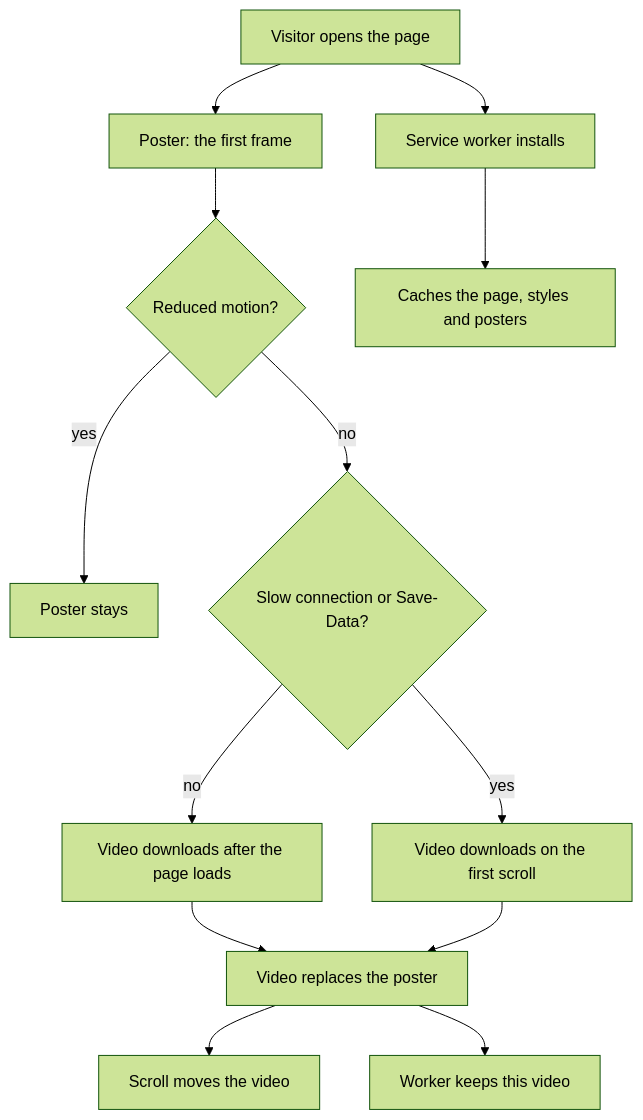
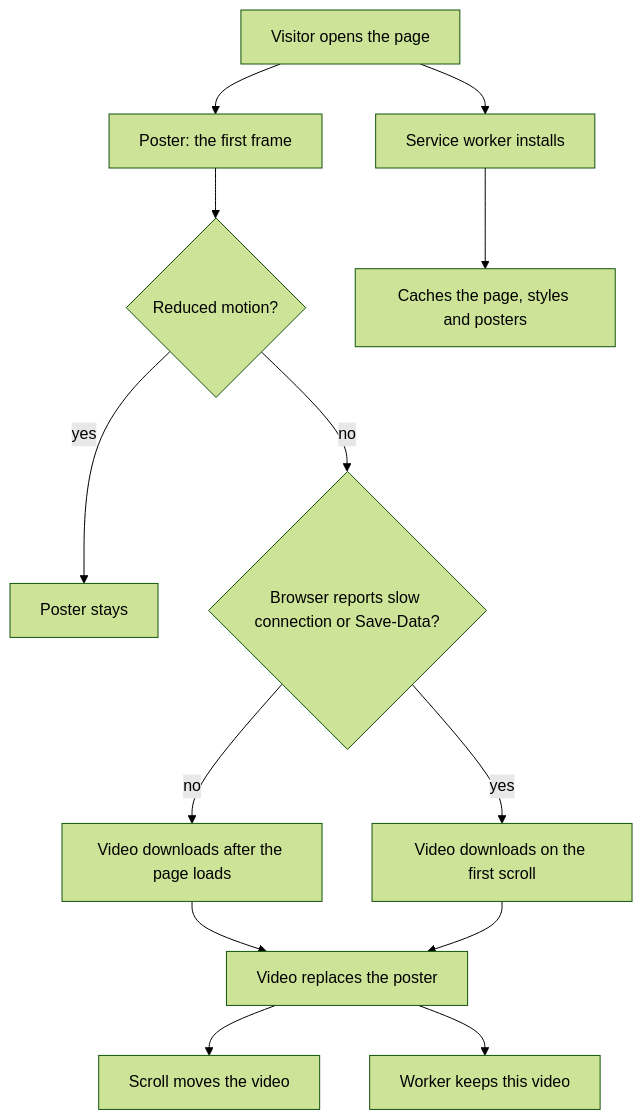
The diagram in nii-au/README.md (whenparty/whenparty), drawn with Mermaid (forest theme) before and after one commit. The commit also changed 3 other files, not shown here.

````diff
--- a/nii-au/README.md
+++ b/nii-au/README.md
@@ -7,15 +7,15 @@
 ```mermaid
 flowchart TD
   open[Visitor opens the page] --> poster[Poster: the first frame]
   poster --> reduced{Reduced motion?}
   reduced -->|yes| still[Poster stays]
-  reduced -->|no| slow{"Slow connection or Save-Data?"}
+  reduced -->|no| slow{"Browser reports slow connection or Save-Data?"}
   slow -->|no| fetch[Video downloads after the page loads]
   slow -->|yes| onscroll[Video downloads on the first scroll]
   fetch --> swap[Video replaces the poster]
   onscroll --> swap
   swap --> scrub[Scroll moves the video]
   open --> worker[Service worker installs]
   worker --> shell[Caches the page, styles and posters]
   swap --> keep[Worker keeps this video]
 ```
````
